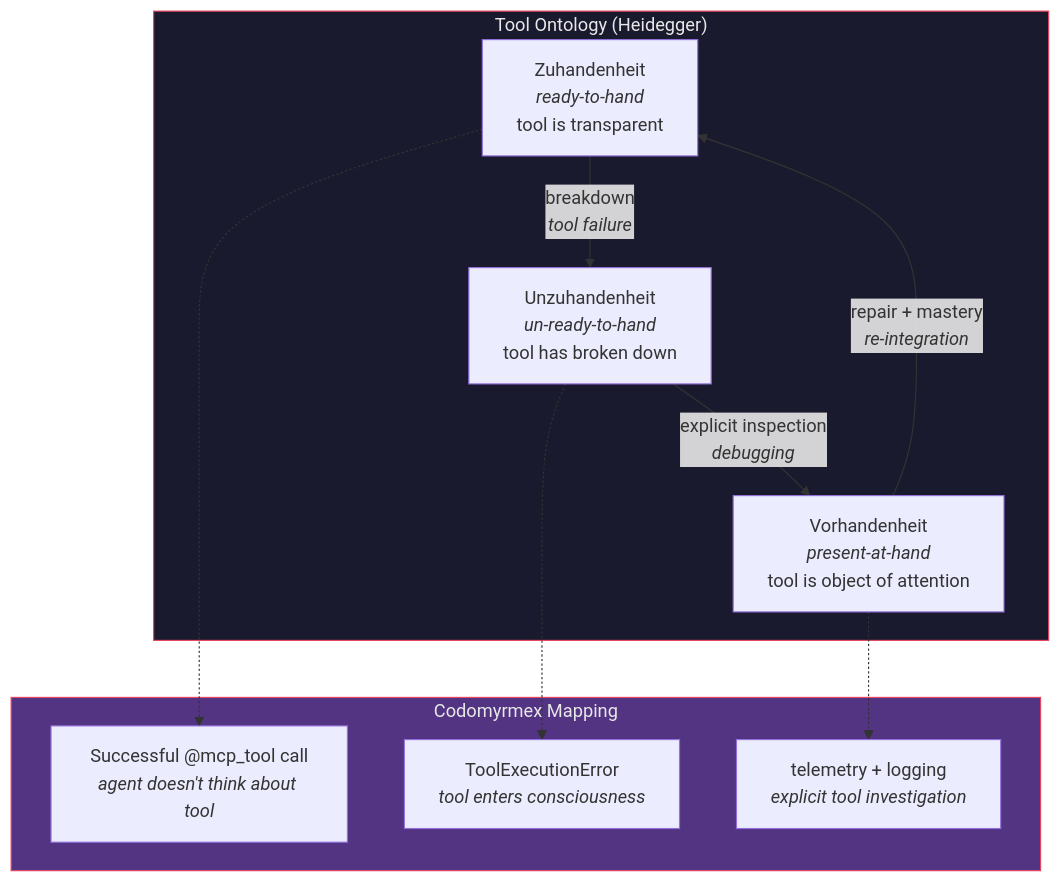
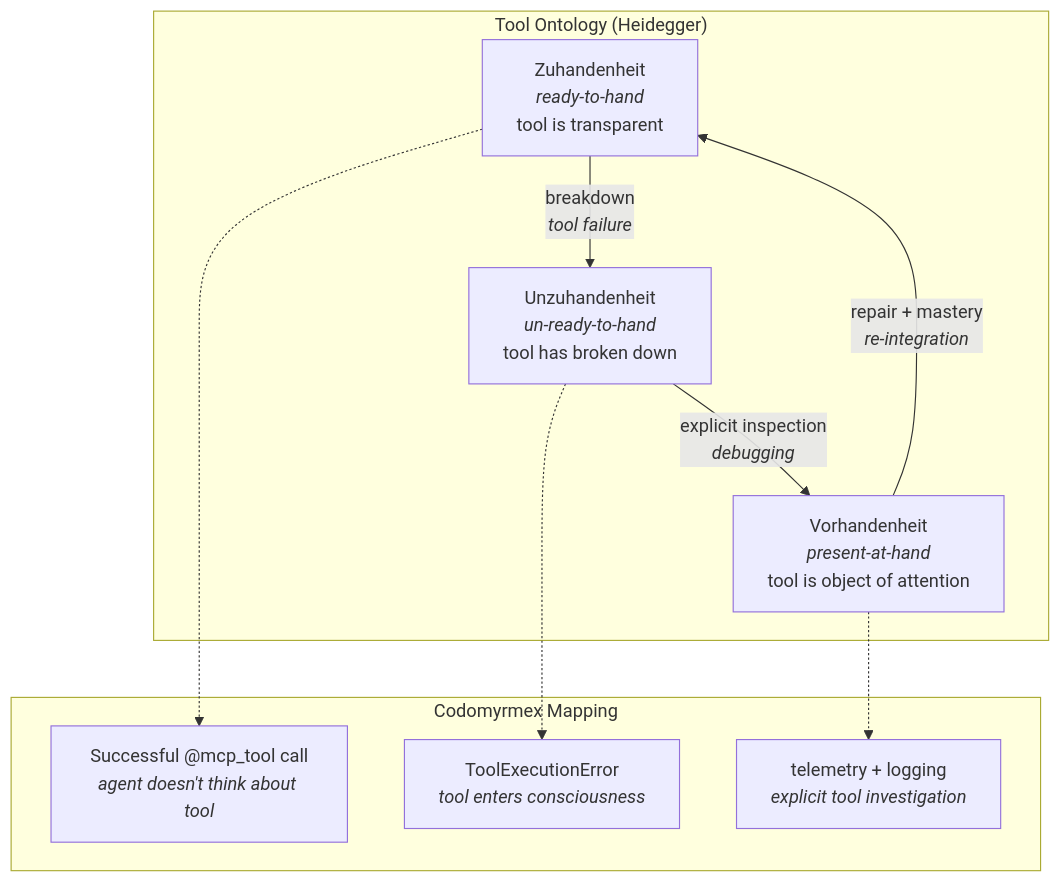
The third of 3 diagrams in docs/agi/tool_use_and_agency.md (docxology/codomyrmex), drawn with Mermaid before and after one commit. The commit also changed other lines of this file and 86 other files, not shown here.

````diff
--- a/docs/agi/tool_use_and_agency.md
+++ b/docs/agi/tool_use_and_agency.md
@@ -150,25 +142,22 @@
 ```mermaid
 graph TD
     subgraph ONTOLOGY["Tool Ontology (Heidegger)"]
         READY["Zuhandenheit<br/><i>ready-to-hand</i><br/>tool is transparent"]
         PRESENT["Vorhandenheit<br/><i>present-at-hand</i><br/>tool is object of attention"]
         UNREADY["Unzuhandenheit<br/><i>un-ready-to-hand</i><br/>tool has broken down"]
     end
 
     READY -->|"breakdown<br/><i>tool failure</i>"| UNREADY
     UNREADY -->|"explicit inspection<br/><i>debugging</i>"| PRESENT
     PRESENT -->|"repair + mastery<br/><i>re-integration</i>"| READY
 
     subgraph CDM["Codomyrmex Mapping"]
         WORKS["Successful @mcp_tool call<br/><i>agent doesn't think about tool</i>"]
         FAILS["ToolExecutionError<br/><i>tool enters consciousness</i>"]
         DEBUG["telemetry + logging<br/><i>explicit tool investigation</i>"]
     end
 
     READY -.-> WORKS
     UNREADY -.-> FAILS
     PRESENT -.-> DEBUG
-
-    style ONTOLOGY fill:#1a1a2e,stroke:#e94560,color:#e8e8e8
-    style CDM fill:#533483,stroke:#e94560,color:#e8e8e8
 ```
````
